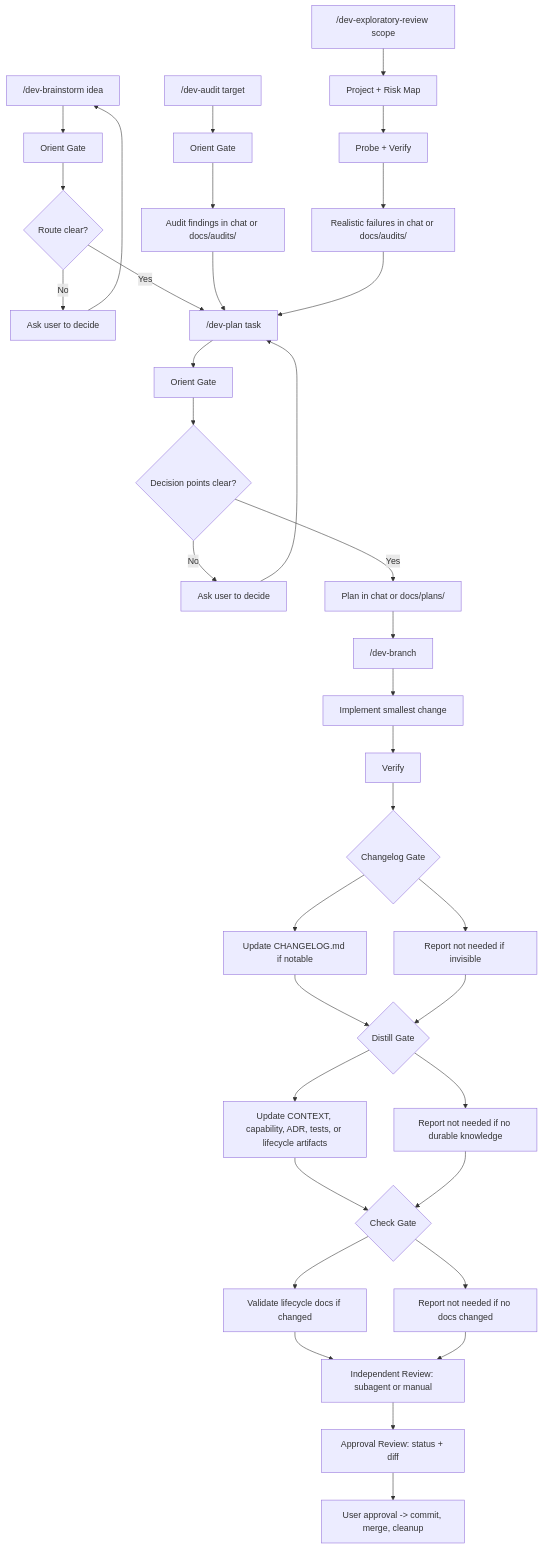
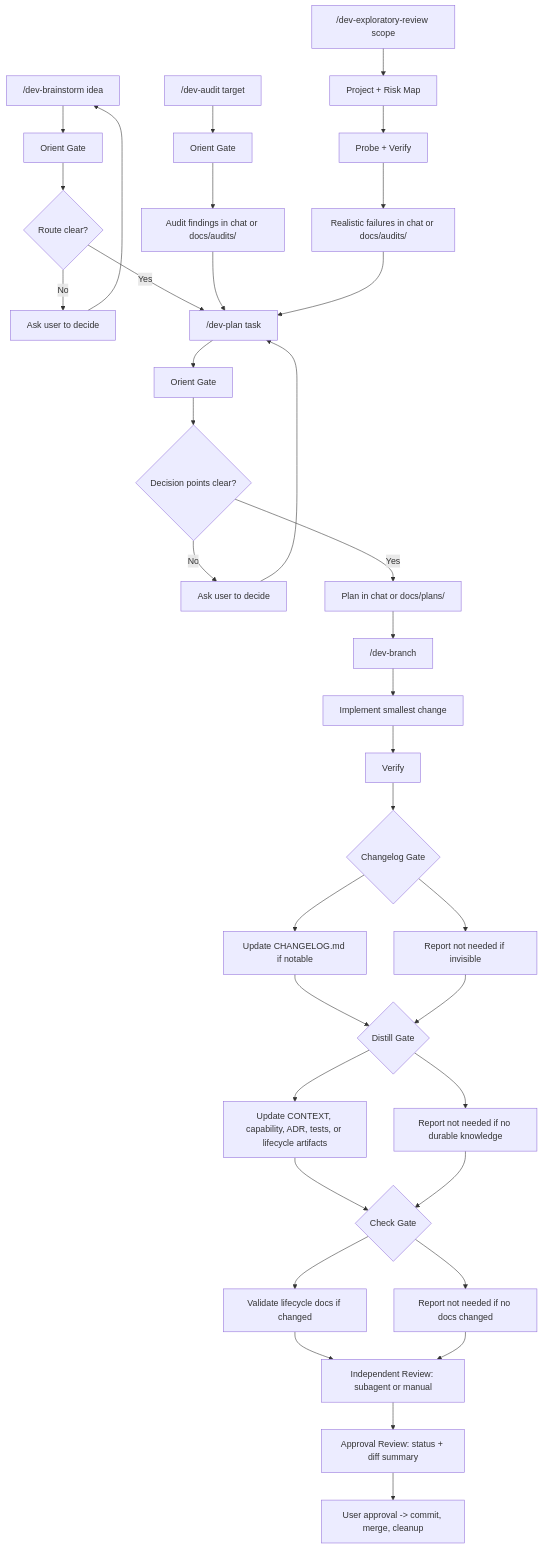
Before and after one commit to cuber-hyk/dev-flow: the diagram in README.md, drawn with Mermaid. The commit also changed other lines of this file and 6 other files, not shown here.

````diff
--- a/README.md
+++ b/README.md
@@ -95,42 +95,42 @@
 ```mermaid
 flowchart TD
   S["/dev-brainstorm idea"] --> SO["Orient Gate"]
   SO --> SD{"Route clear?"}
   SD -- "No" --> SQ["Ask user to decide"]
   SQ --> S
   SD -- "Yes" --> P
 
   P["/dev-plan task"] --> PO["Orient Gate"]
   PO --> PD{"Decision points clear?"}
   PD -- "No" --> U["Ask user to decide"]
   U --> P
   PD -- "Yes" --> PF["Plan in chat or docs/plans/"]
   PF --> B["/dev-branch"]
 
   A["/dev-audit target"] --> AO["Orient Gate"]
   AO --> AR["Audit findings in chat or docs/audits/"]
   AR --> P
 
   E["/dev-exploratory-review scope"] --> EM["Project + Risk Map"]
   EM --> EV["Probe + Verify"]
   EV --> ER["Realistic failures in chat or docs/audits/"]
   ER --> P
 
   B --> I["Implement smallest change"]
   I --> V["Verify"]
   V --> C{"Changelog Gate"}
   C --> CU["Update CHANGELOG.md if notable"]
   C --> CN["Report not needed if invisible"]
   CU --> D{"Distill Gate"}
   CN --> D
   D --> DU["Update CONTEXT, capability, ADR, tests, or lifecycle artifacts"]
   D --> DN["Report not needed if no durable knowledge"]
   DU --> K{"Check Gate"}
   DN --> K
   K --> KP["Validate lifecycle docs if changed"]
   K --> KN["Report not needed if no docs changed"]
   KP --> IR["Independent Review: subagent or manual"]
   KN --> IR
-  IR --> R["Approval Review: status + diff"]
+  IR --> R["Approval Review: status + diff summary"]
   R --> M["User approval -> commit, merge, cleanup"]
 ```
````
